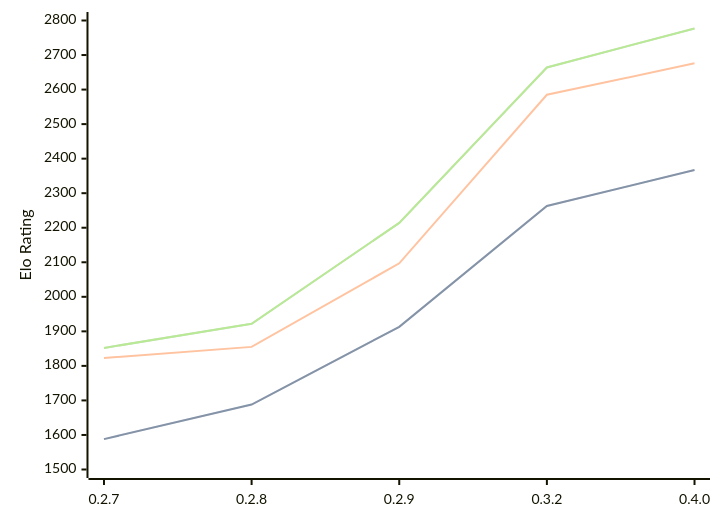
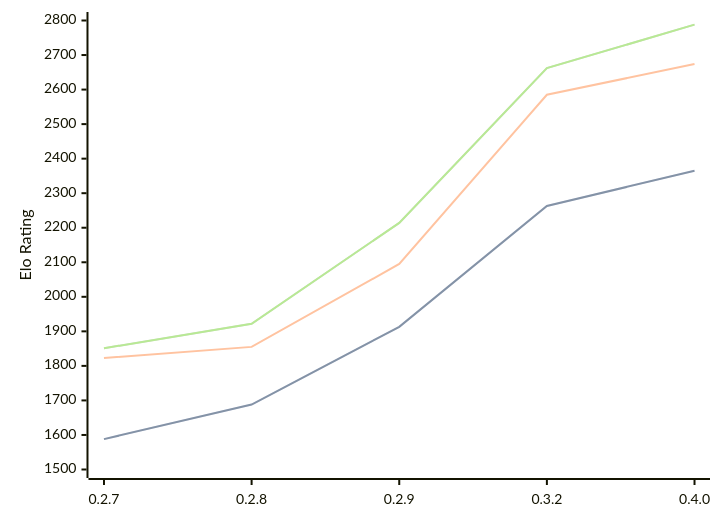
Before and after one commit to computer-chess-index/cci: the diagram in engines/Dual.md, drawn with Mermaid. The commit also changed other lines of this file, not shown here.

Commit message:
Update CCI Ratings (ELO VLTC) - 2026-07-27

````diff
--- a/engines/Dual.md
+++ b/engines/Dual.md
@@ -45,11 +46,11 @@
 ```mermaid
 %%{init: {"theme":"base","themeVariables":{"seriesColors:['#a3a3a3','#222221','#faa371']}}}%%
 xychart-beta
   x-axis ["0.2.7", "0.2.8", "0.2.9", "0.3.2", "0.4.0"]
   y-axis "Elo Rating" 1500 --> 2800
-  line "STC (8.0+0.08s)" [1588, 1688, 1913, 2263, 2367]
-  line "STC (8.0+0.08s)" [1588, 1688, 1913, 2263, 2367]
-  line "LTC (60.0+0.60s)" [1823, 1855, 2097, 2585, 2676]
-  line "VLTC (2m24s+1.12s)" [1852, 1922, 2214, 2664, 2777]
-  line "VLTC (2m24s+1.12s)" [1852, 1922, 2214, 2664, 2777]
+  line "STC (8.0+0.08s)" [1588, 1688, 1913, 2263, 2365]
+  line "STC (8.0+0.08s)" [1588, 1688, 1913, 2263, 2365]
+  line "LTC (60.0+0.60s)" [1823, 1855, 2095, 2585, 2674]
+  line "VLTC (2m24s+1.12s)" [1851, 1922, 2214, 2662, 2788]
+  line "VLTC (2m24s+1.12s)" [1851, 1922, 2214, 2662, 2788]
 ```
````
